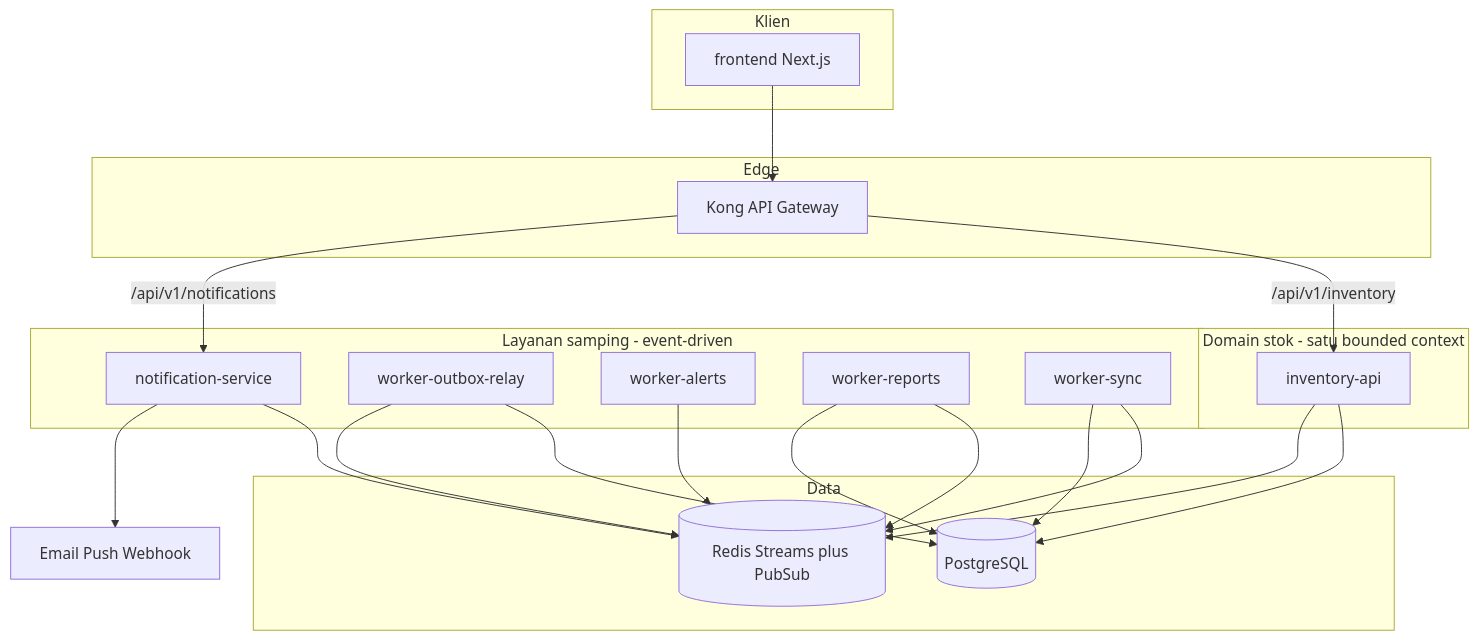
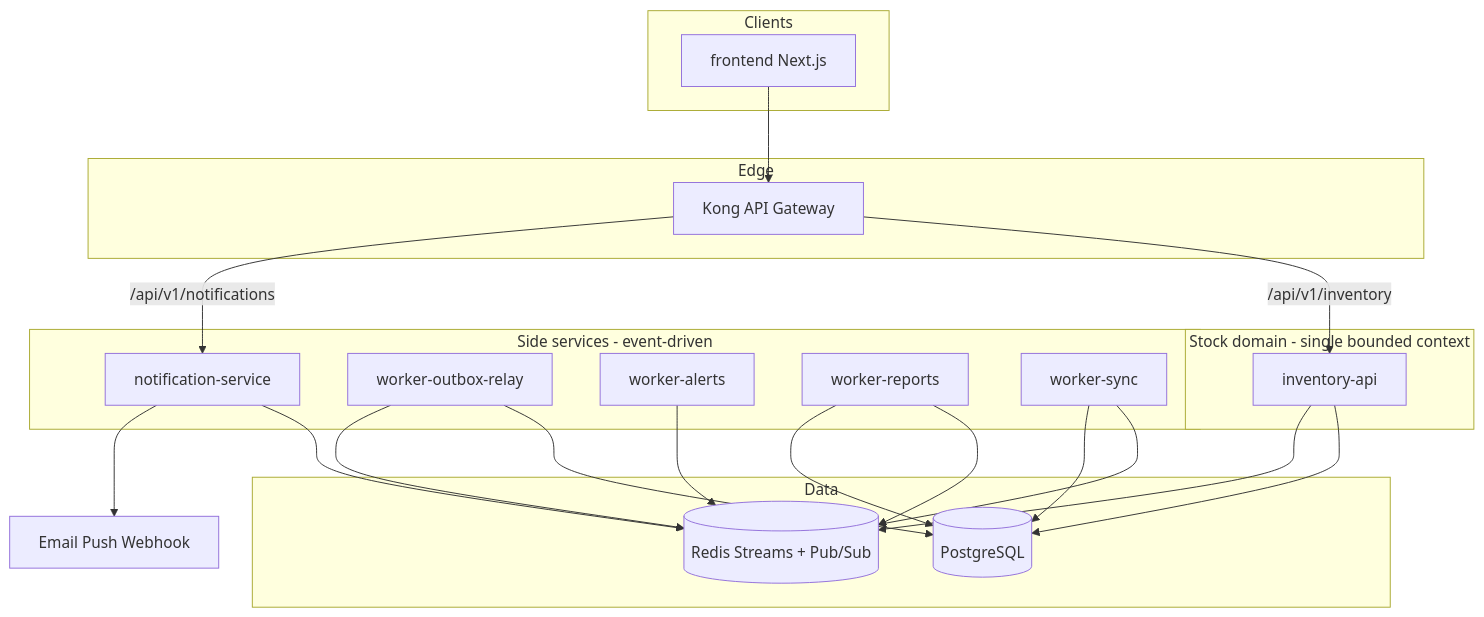
One commit to KingWahid/inventory-be changed the second of 10 diagrams in ARCHITECTURE.md. Above: the diagram before and after it, drawn with Mermaid. The commit also changed other lines of this file and 128 other files, not shown here.

First line of the commit message:
chore: remove outdated architecture and task documentation

````diff
--- a/ARCHITECTURE.md
+++ b/ARCHITECTURE.md
@@ -172,42 +170,42 @@
 ```mermaid
 flowchart TB
-  subgraph clients [Klien]
+  subgraph clients [Clients]
     FE[frontend Next.js]
   end
 
   subgraph gateway [Edge]
     Kong[Kong API Gateway]
   end
 
-  subgraph core [Domain stok - satu bounded context]
+  subgraph core [Stock domain - single bounded context]
     InvAPI[inventory-api]
   end
 
-  subgraph sidecar [Layanan samping - event-driven]
+  subgraph sidecar [Side services - event-driven]
     Notif[notification-service]
     Relay[worker-outbox-relay]
     WAlert[worker-alerts]
     WReport[worker-reports]
     WSync[worker-sync]
   end
 
   subgraph data [Data]
     PG[(PostgreSQL)]
-    Redis[(Redis Streams plus PubSub)]
+    Redis[(Redis Streams + Pub/Sub)]
   end
 
   FE --> Kong
   Kong -->|/api/v1/inventory| InvAPI
   Kong -->|/api/v1/notifications| Notif
   InvAPI --> PG
   InvAPI --> Redis
   Relay --> PG
   Relay --> Redis
   Notif --> Redis
   WAlert --> Redis
   WReport --> Redis
   WReport --> PG
   WSync --> Redis
   WSync --> PG
   Notif --> ExtN[Email Push Webhook]
 ```
````
